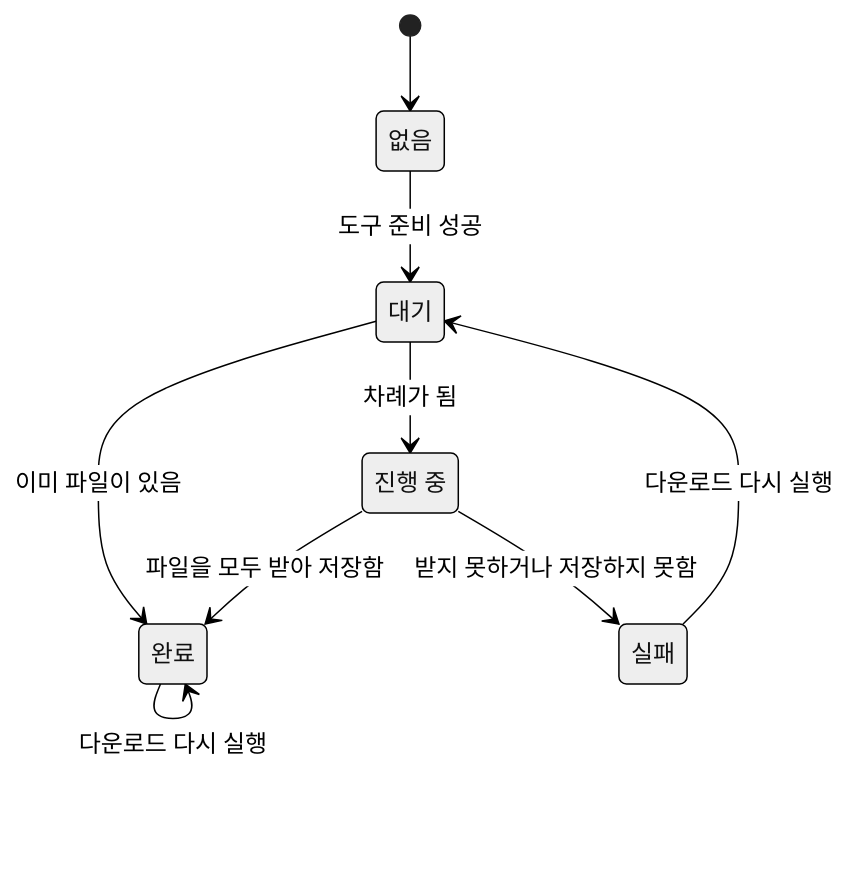
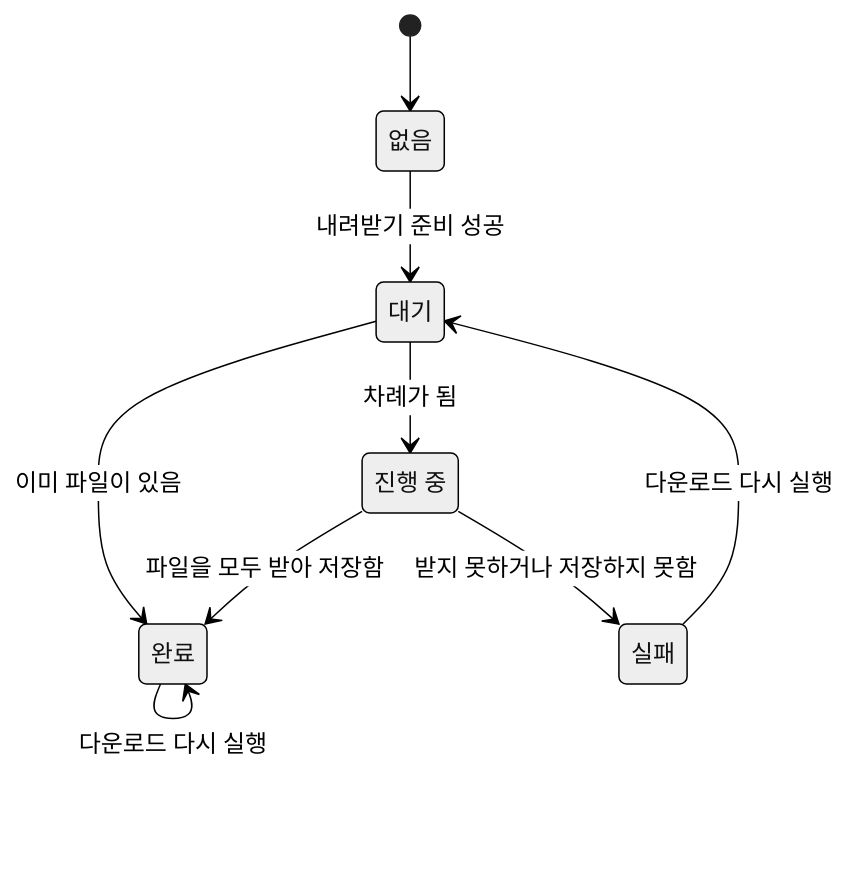
The second of 2 diagrams in docs/spec/music-download.md (taetae98coding/DiaryKMP), drawn with Mermaid (neutral theme) before and after one commit. The commit also changed other lines of this file and 15 other files, not shown here.

````diff
--- a/docs/spec/music-download.md
+++ b/docs/spec/music-download.md
@@ -123,17 +146,17 @@
 ```mermaid
 stateDiagram-v2
     None: 없음
     Pending: 대기
     Running: 진행 중
     Done: 완료
     Failed: 실패
 
     [*] --> None
-    None --> Pending: 도구 준비 성공
+    None --> Pending: 내려받기 준비 성공
     Failed --> Pending: 다운로드 다시 실행
     Done --> Done: 다운로드 다시 실행
     Pending --> Done: 이미 파일이 있음
     Pending --> Running: 차례가 됨
     Running --> Done: 파일을 모두 받아 저장함
     Running --> Failed: 받지 못하거나 저장하지 못함
 ```
````
